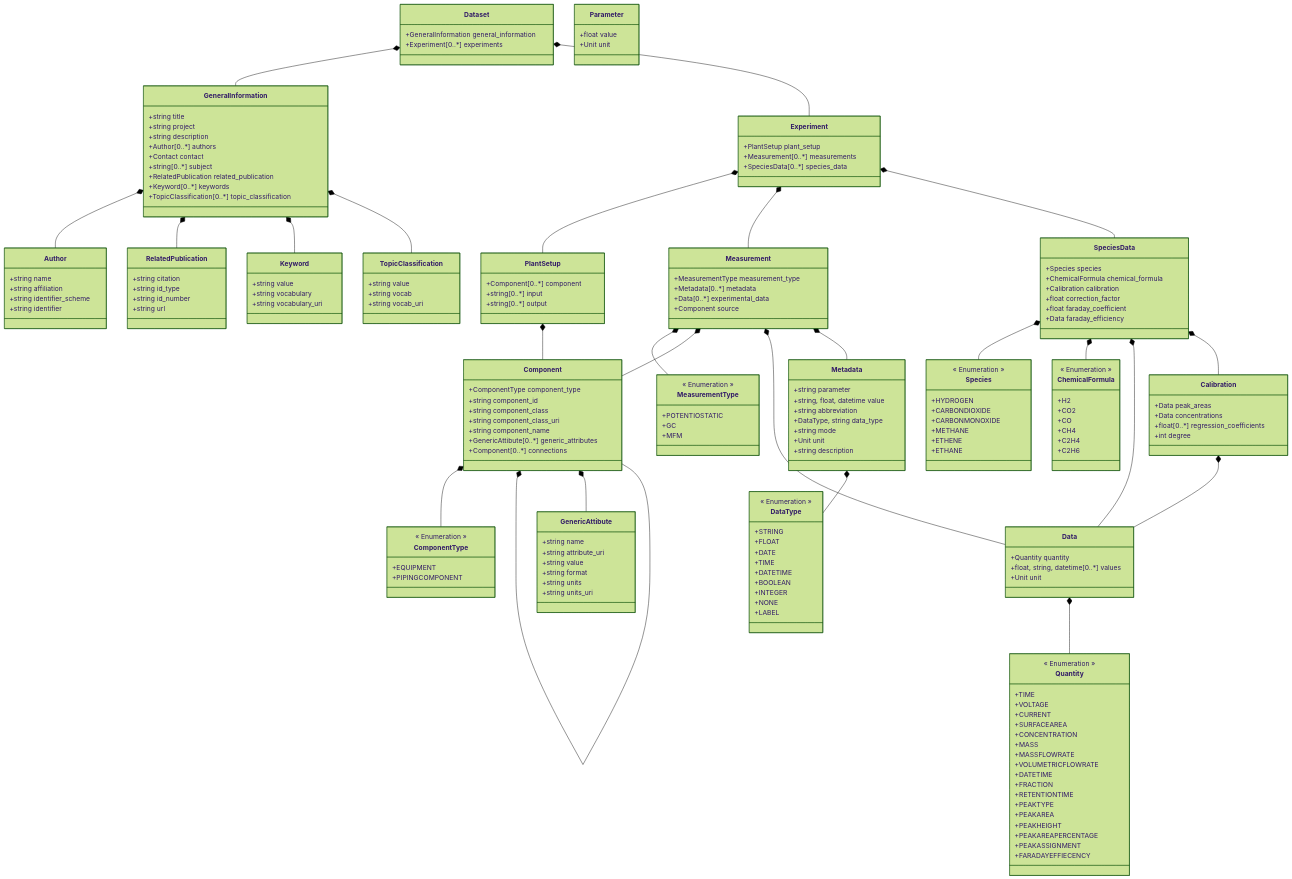
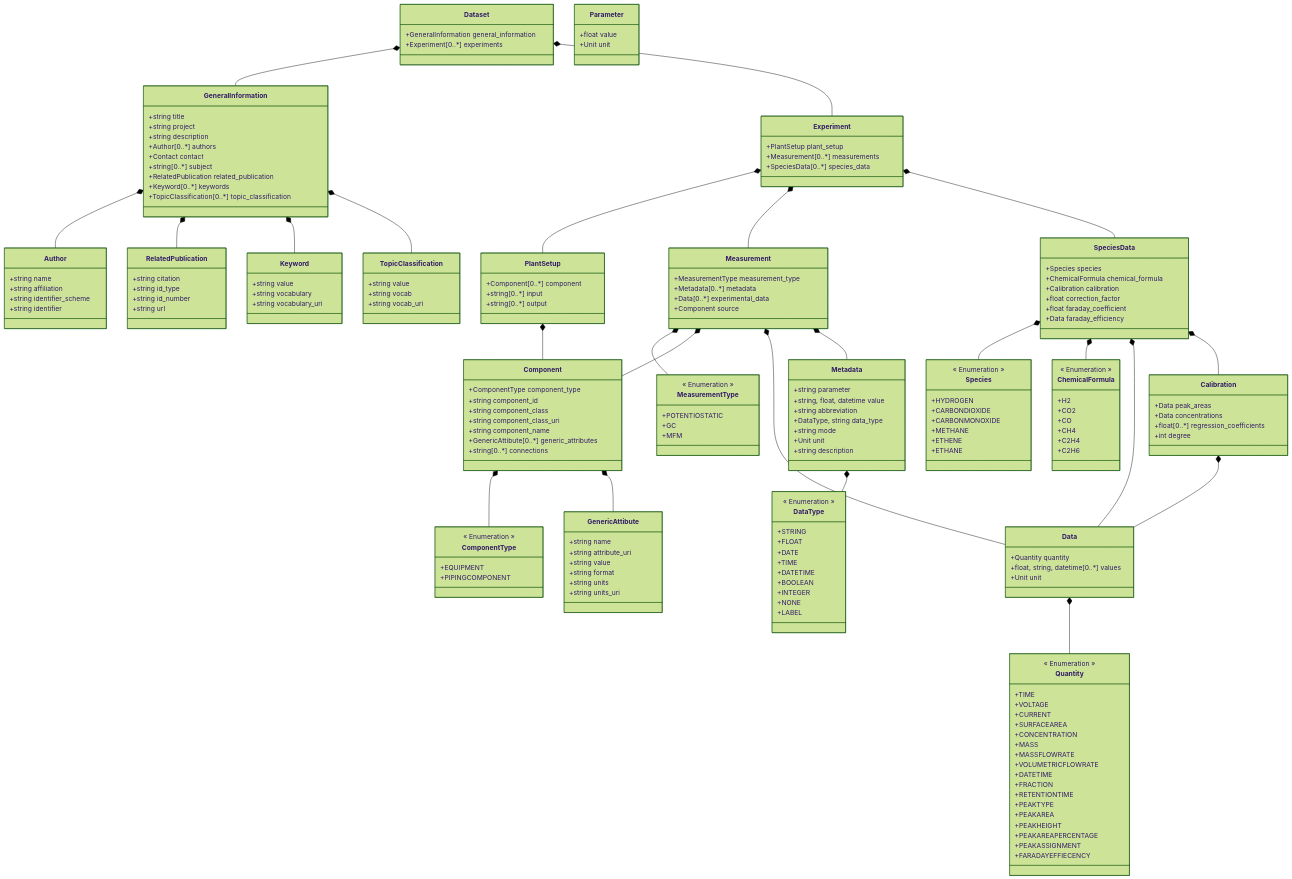
The diagram in FAIRFlowChemistry/schemes/fairflowchemistry_schema.md (FAIRChemistry/FAIRFlow), drawn with Mermaid (forest theme) before and after one commit. The commit also changed 18 other files, not shown here.

```diff
--- a/FAIRFlowChemistry/schemes/fairflowchemistry_schema.md
+++ b/FAIRFlowChemistry/schemes/fairflowchemistry_schema.md
@@ -11,7 +11,6 @@
     Experiment *-- SpeciesData
     PlantSetup *-- Component
     Component *-- ComponentType
-    Component *-- Component
     Component *-- GenericAttibute
     Data *-- Quantity
     Metadata *-- DataType
@@ -87,7 +86,7 @@
         +string component_class_uri
         +string component_name
         +GenericAttibute[0..*] generic_attributes
-        +Component[0..*] connections
+        +string[0..*] connections
     }
     
     class GenericAttibute {
```
